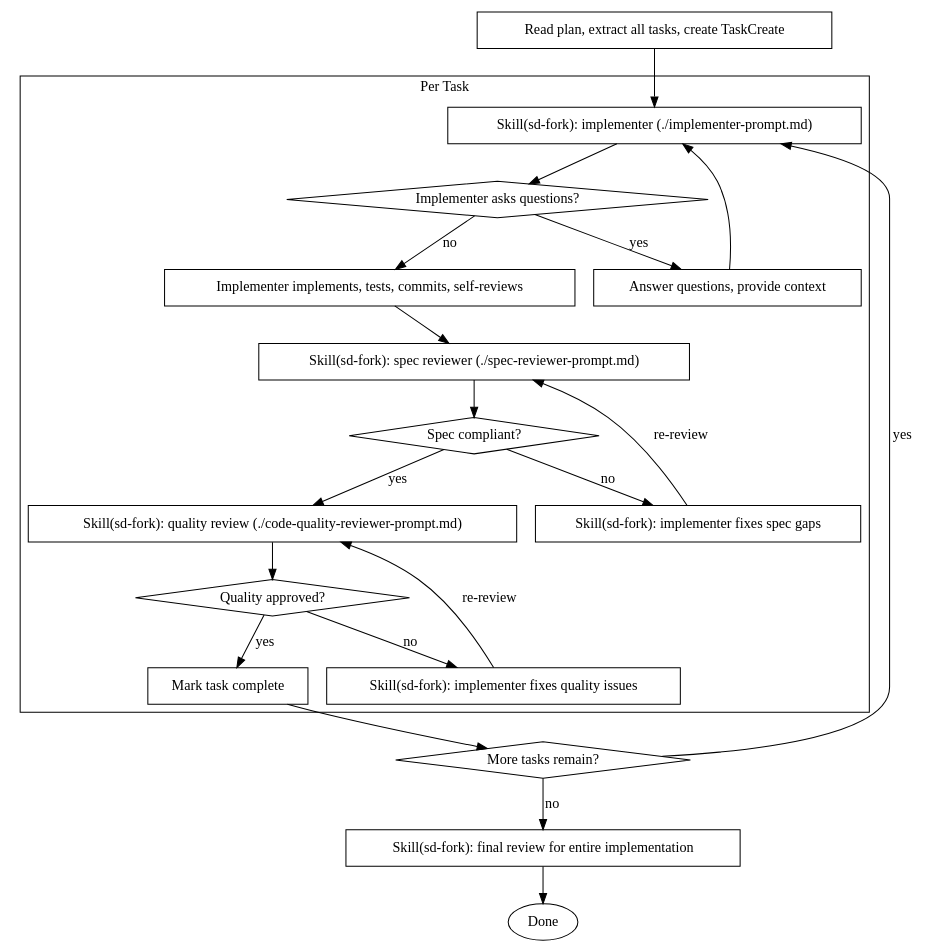
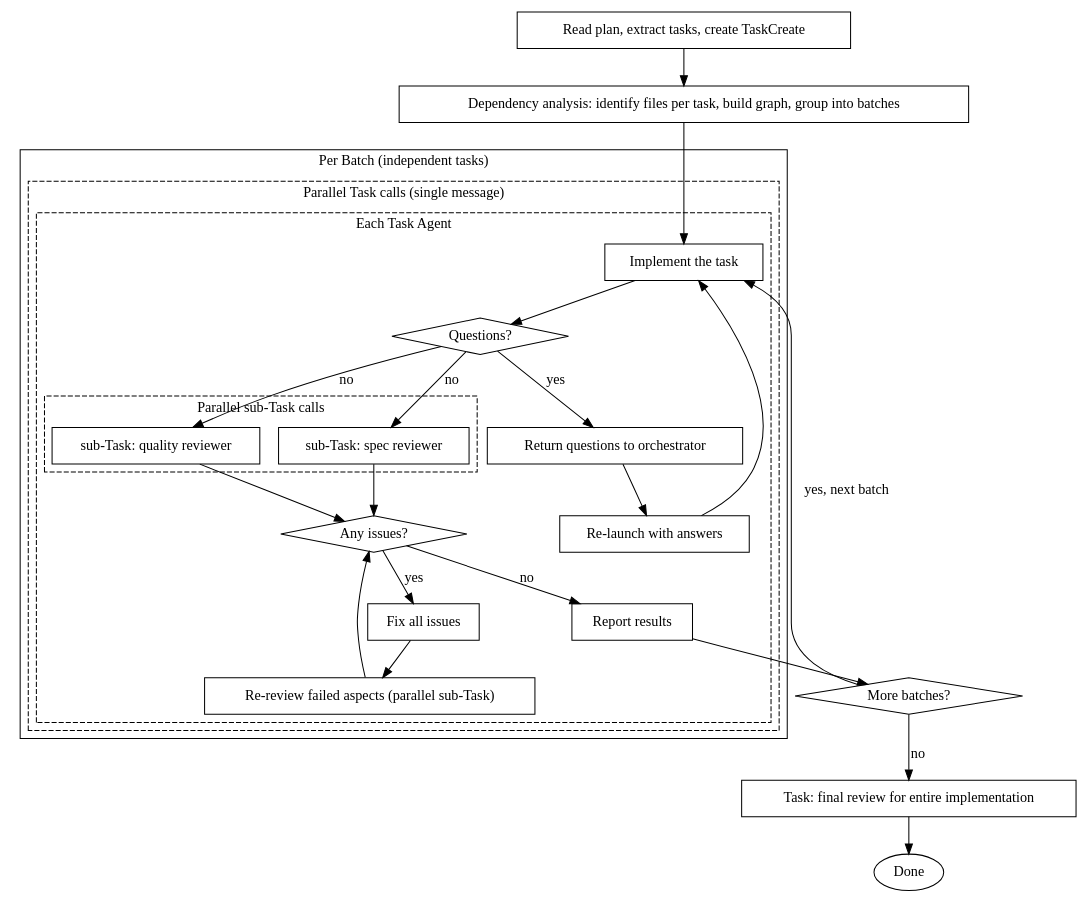
Before and after one commit to kslhunter/simplysm: the second of 2 diagrams in .claude/skills/sd-plan-dev/SKILL.md, drawn with Graphviz. The commit also changed other lines of this file and 4 other files, not shown here.

````diff
--- a/.claude/skills/sd-plan-dev/SKILL.md
+++ b/.claude/skills/sd-plan-dev/SKILL.md
@@ -38,44 +38,60 @@
 ```dot
 digraph process {
     rankdir=TB;
 
-    subgraph cluster_per_task {
-        label="Per Task";
-        "Skill(sd-fork): implementer (./implementer-prompt.md)" [shape=box];
-        "Implementer asks questions?" [shape=diamond];
-        "Answer questions, provide context" [shape=box];
-        "Implementer implements, tests, commits, self-reviews" [shape=box];
-        "Skill(sd-fork): spec reviewer (./spec-reviewer-prompt.md)" [shape=box];
-        "Spec compliant?" [shape=diamond];
-        "Skill(sd-fork): implementer fixes spec gaps" [shape=box];
-        "Skill(sd-fork): quality review (./code-quality-reviewer-prompt.md)" [shape=box];
-        "Quality approved?" [shape=diamond];
-        "Skill(sd-fork): implementer fixes quality issues" [shape=box];
-        "Mark task complete" [shape=box];
+    "Read plan, extract tasks, create TaskCreate" [shape=box];
+    "Dependency analysis: identify files per task, build graph, group into batches" [shape=box];
+
+    subgraph cluster_batch {
+        label="Per Batch (independent tasks)";
+
+        subgraph cluster_parallel_tasks {
+            label="Parallel Task calls (single message)";
+            style=dashed;
+
+            subgraph cluster_task_agent {
+                label="Each Task Agent";
+                "Implement the task" [shape=box];
+                "Questions?" [shape=diamond];
+                "Return questions to orchestrator" [shape=box];
+                "Re-launch with answers" [shape=box];
+
+                subgraph cluster_nested_review {
+                    label="Parallel sub-Task calls";
+                    style=dashed;
+                    "sub-Task: spec reviewer" [shape=box];
+                    "sub-Task: quality reviewer" [shape=box];
+                }
+
+                "Any issues?" [shape=diamond];
+                "Fix all issues" [shape=box];
+                "Re-review failed aspects (parallel sub-Task)" [shape=box];
+                "Report results" [shape=box];
+            }
+        }
     }
 
-    "Read plan, extract all tasks, create TaskCreate" [shape=box];
-    "More tasks remain?" [shape=diamond];
-    "Skill(sd-fork): final review for entire implementation" [shape=box];
+    "More batches?" [shape=diamond];
+    "Task: final review for entire implementation" [shape=box];
     "Done" [shape=ellipse];
 
-    "Read plan, extract all tasks, create TaskCreate" -> "Skill(sd-fork): implementer (./implementer-prompt.md)";
-    "Skill(sd-fork): implementer (./implementer-prompt.md)" -> "Implementer asks questions?";
-    "Implementer asks questions?" -> "Answer questions, provide context" [label="yes"];
-    "Answer questions, provide context" -> "Skill(sd-fork): implementer (./implementer-prompt.md)";
-    "Implementer asks questions?" -> "Implementer implements, tests, commits, self-reviews" [label="no"];
-    "Implementer implements, tests, commits, self-reviews" -> "Skill(sd-fork): spec reviewer (./spec-reviewer-prompt.md)";
-    "Skill(sd-fork): spec reviewer (./spec-reviewer-prompt.md)" -> "Spec compliant?";
-    "Spec compliant?" -> "Skill(sd-fork): implementer fixes spec gaps" [label="no"];
-    "Skill(sd-fork): implementer fixes spec gaps" -> "Skill(sd-fork): spec reviewer (./spec-reviewer-prompt.md)" [label="re-review"];
-    "Spec compliant?" -> "Skill(sd-fork): quality review (./code-quality-reviewer-prompt.md)" [label="yes"];
-    "Skill(sd-fork): quality review (./code-quality-reviewer-prompt.md)" -> "Quality approved?";
-    "Quality approved?" -> "Skill(sd-fork): implementer fixes quality issues" [label="no"];
-    "Skill(sd-fork): implementer fixes quality issues" -> "Skill(sd-fork): quality review (./code-quality-reviewer-prompt.md)" [label="re-review"];
-    "Quality approved?" -> "Mark task complete" [label="yes"];
-    "Mark task complete" -> "More tasks remain?";
-    "More tasks remain?" -> "Skill(sd-fork): implementer (./implementer-prompt.md)" [label="yes"];
-    "More tasks remain?" -> "Skill(sd-fork): final review for entire implementation" [label="no"];
-    "Skill(sd-fork): final review for entire implementation" -> "Done";
+    "Read plan, extract tasks, create TaskCreate" -> "Dependency analysis: identify files per task, build graph, group into batches";
+    "Dependency analysis: identify files per task, build graph, group into batches" -> "Implement the task";
+    "Implement the task" -> "Questions?";
+    "Questions?" -> "Return questions to orchestrator" [label="yes"];
+    "Return questions to orchestrator" -> "Re-launch with answers";
+    "Re-launch with answers" -> "Implement the task";
+    "Questions?" -> "sub-Task: spec reviewer" [label="no"];
+    "Questions?" -> "sub-Task: quality reviewer" [label="no"];
+    "sub-Task: spec reviewer" -> "Any issues?";
+    "sub-Task: quality reviewer" -> "Any issues?";
+    "Any issues?" -> "Fix all issues" [label="yes"];
+    "Fix all issues" -> "Re-review failed aspects (parallel sub-Task)";
+    "Re-review failed aspects (parallel sub-Task)" -> "Any issues?";
+    "Any issues?" -> "Report results" [label="no"];
+    "Report results" -> "More batches?";
+    "More batches?" -> "Implement the task" [label="yes, next batch"];
+    "More batches?" -> "Task: final review for entire implementation" [label="no"];
+    "Task: final review for entire implementation" -> "Done";
 }
 ```
````
